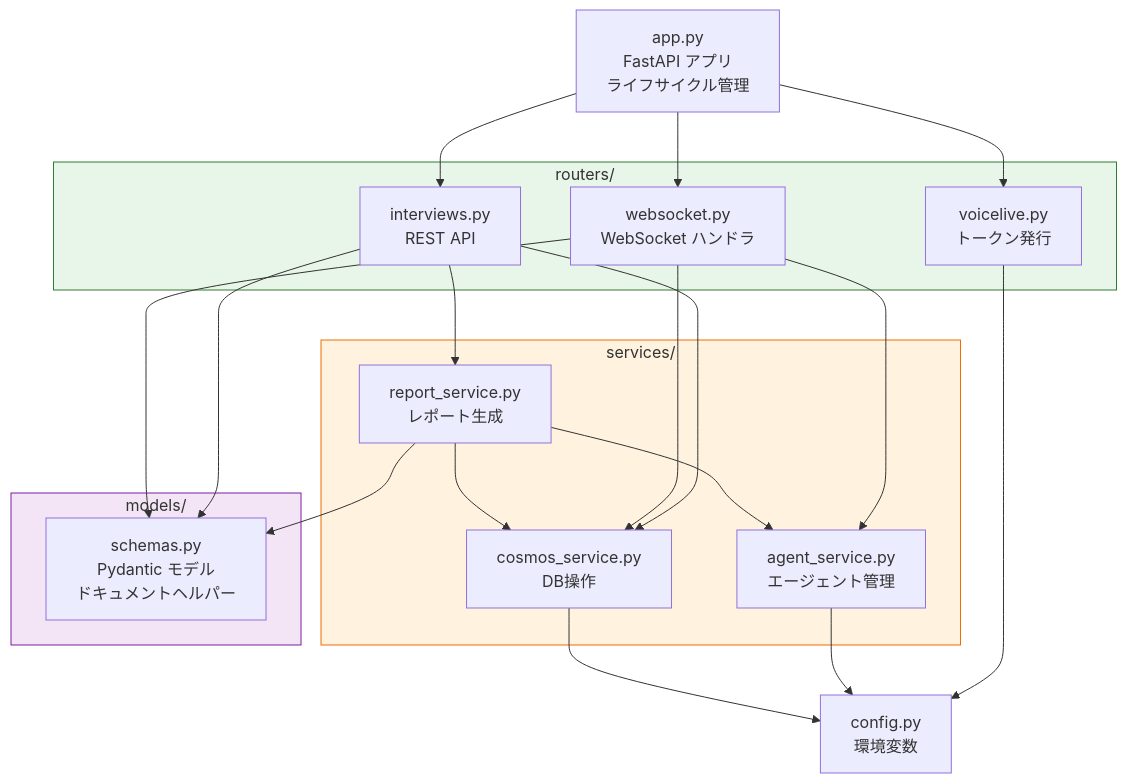
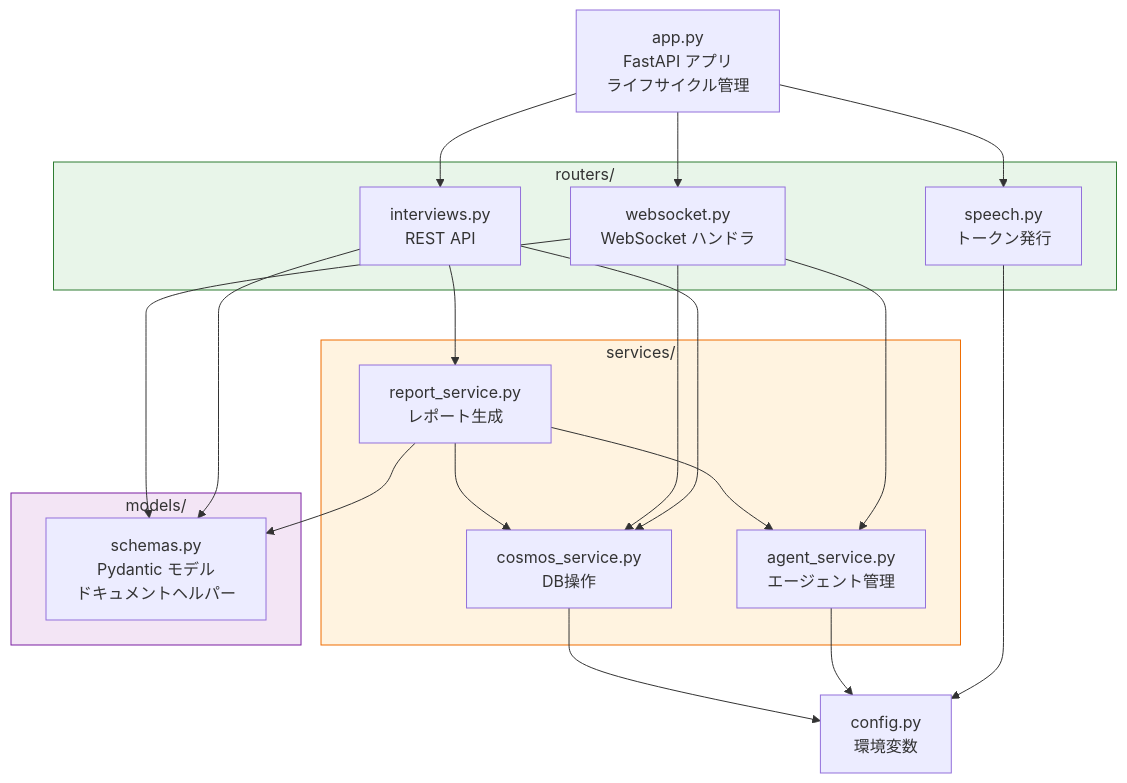
Before and after one commit to hatasaki/Interview-Assistant-AI: the fifth of 22 diagrams in spec/architecture.md, drawn with Mermaid. The commit also changed other lines of this file and 12 other files, not shown here.

Commit message:
Refactor architecture to integrate Azure Speech SDK for transcription

````diff
--- a/spec/architecture.md
+++ b/spec/architecture.md
@@ -279,44 +262,44 @@
 ```mermaid
 graph TB
     subgraph Routers["routers/"]
         R_INT["interviews.py<br/>REST API"]
-        R_VL["voicelive.py<br/>トークン発行"]
+        R_SP["speech.py<br/>トークン発行"]
         R_WS["websocket.py<br/>WebSocket ハンドラ"]
     end
 
     subgraph Services["services/"]
         AGT["agent_service.py<br/>エージェント管理"]
         COS["cosmos_service.py<br/>DB操作"]
         RPT["report_service.py<br/>レポート生成"]
     end
 
     subgraph Models["models/"]
         SCH["schemas.py<br/>Pydantic モデル<br/>ドキュメントヘルパー"]
     end
 
     APP_PY["app.py<br/>FastAPI アプリ<br/>ライフサイクル管理"]
     CFG["config.py<br/>環境変数"]
 
     APP_PY --> R_INT
-    APP_PY --> R_VL
+    APP_PY --> R_SP
     APP_PY --> R_WS
 
     R_INT --> COS
     R_INT --> RPT
-    R_VL --> CFG
+    R_SP --> CFG
     R_WS --> AGT
     R_WS --> COS
     RPT --> AGT
     RPT --> COS
 
     AGT --> CFG
     COS --> CFG
 
     R_INT --> SCH
     R_WS --> SCH
     RPT --> SCH
 
     style Routers fill:#e8f5e9,stroke:#2e7d32
     style Services fill:#fff3e0,stroke:#ef6c00
     style Models fill:#f3e5f5,stroke:#7b1fa2
 ```
````
